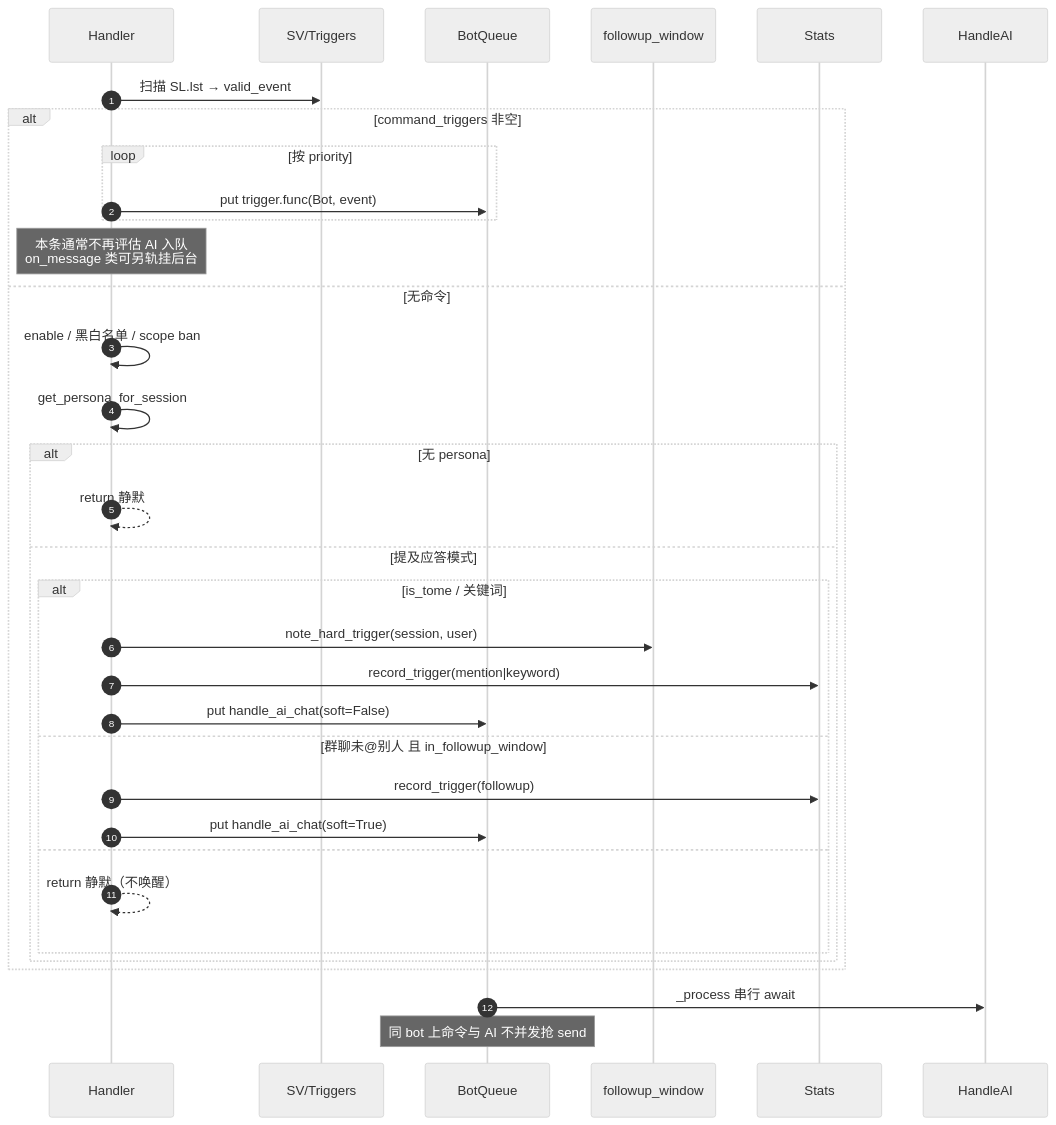
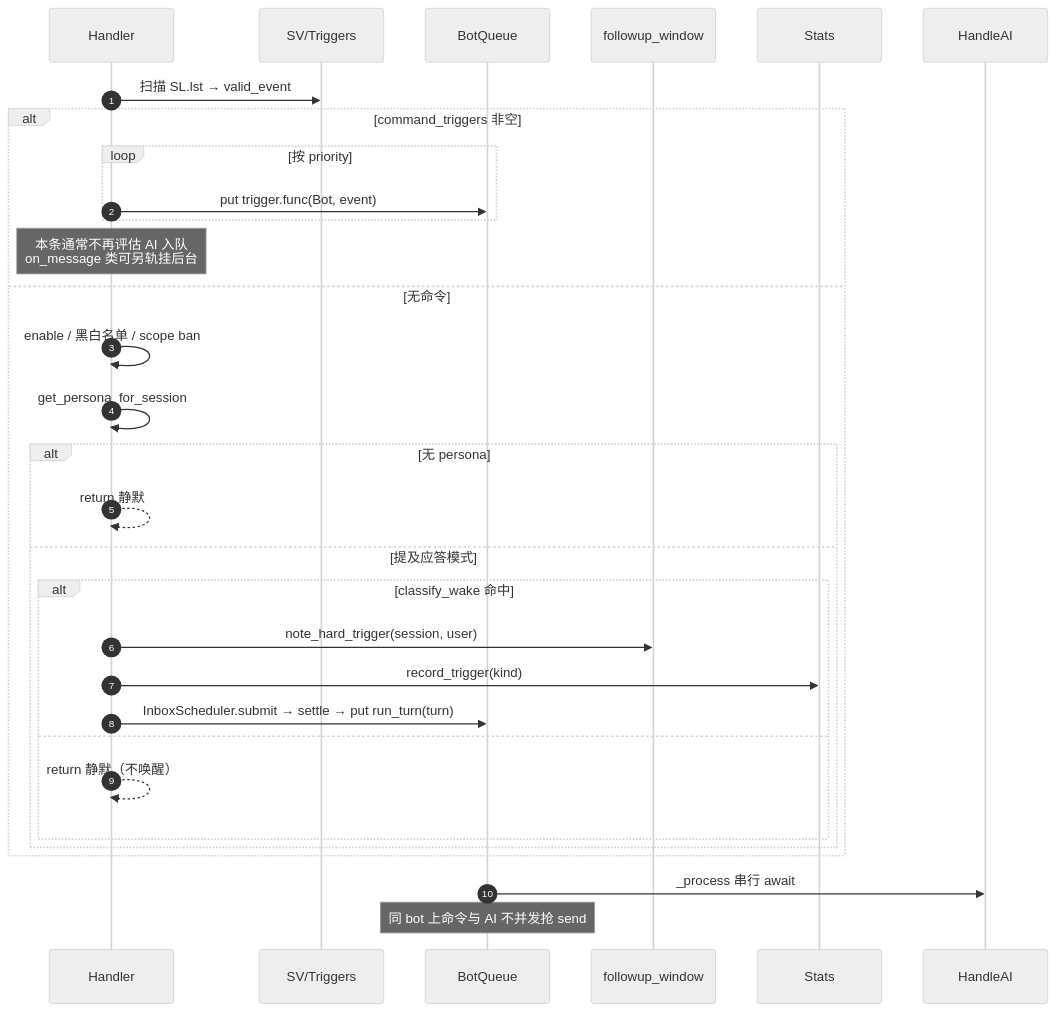
Before and after one commit to Genshin-bots/gsuid_core: the third of 10 diagrams in docs/AI_AGENT_LIFECYCLE_SEQUENCE.md, drawn with Mermaid (neutral theme). The commit also changed other lines of this file and 105 other files, not shown here.

````diff
--- a/docs/AI_AGENT_LIFECYCLE_SEQUENCE.md
+++ b/docs/AI_AGENT_LIFECYCLE_SEQUENCE.md
@@ -373,39 +374,36 @@
 ```mermaid
 sequenceDiagram
     autonumber
     participant Handler
     participant SV as SV/Triggers
     participant BotQueue
     participant Follow as followup_window
     participant Stats
     participant HandleAI
 
     Handler->>SV: 扫描 SL.lst → valid_event
 
     alt command_triggers 非空
         loop 按 priority
             Handler->>BotQueue: put trigger.func(Bot, event)
         end
         Note over Handler: 本条通常不再评估 AI 入队<br/>on_message 类可另轨挂后台
     else 无命令
         Handler->>Handler: enable / 黑白名单 / scope ban
         Handler->>Handler: get_persona_for_session
         alt 无 persona
             Handler-->>Handler: return 静默
         else 提及应答模式
-            alt is_tome / 关键词
-                Handler->>Follow: note_hard_trigger(session, user)
-                Handler->>Stats: record_trigger(mention|keyword)
-                Handler->>BotQueue: put handle_ai_chat(soft=False)
-            else 群聊未@别人 且 in_followup_window
-                Handler->>Stats: record_trigger(followup)
-                Handler->>BotQueue: put handle_ai_chat(soft=True)
+            alt classify_wake 命中
+                Handler->>Follow: note_hard_trigger(session, user)  # hard kind
+                Handler->>Stats: record_trigger(kind)
+                Handler->>BotQueue: InboxScheduler.submit → settle → put run_turn(turn)
             else
                 Handler-->>Handler: return 静默（不唤醒）
             end
         end
     end
 
     BotQueue->>HandleAI: _process 串行 await
     Note over BotQueue: 同 bot 上命令与 AI 不并发抢 send
 ```
````
